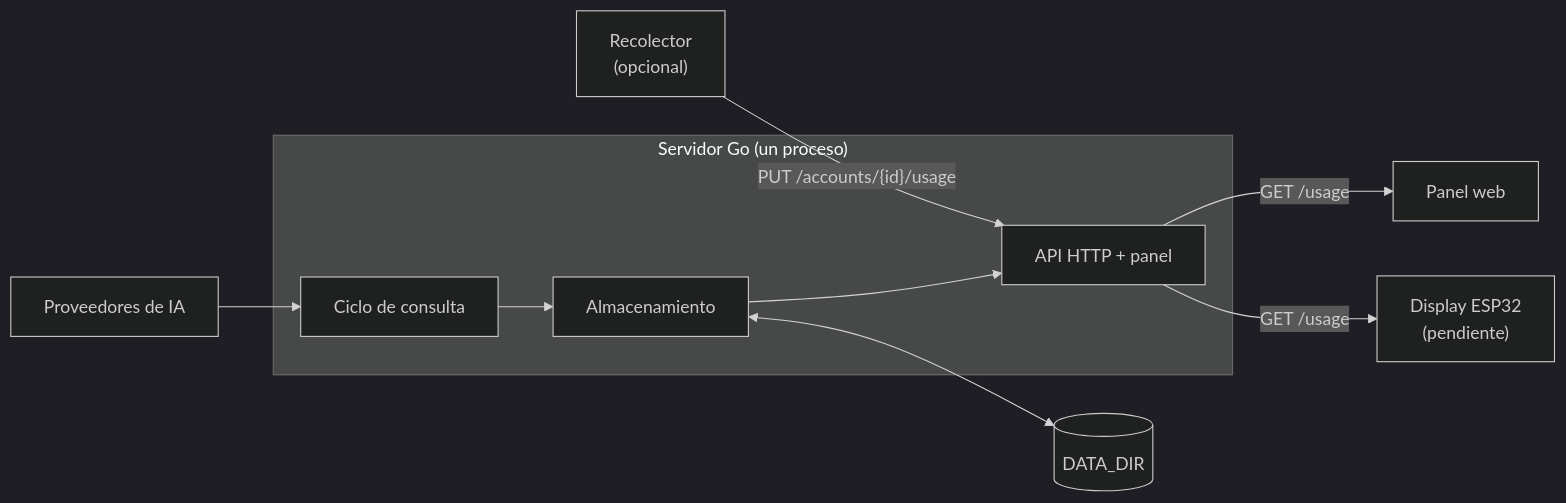
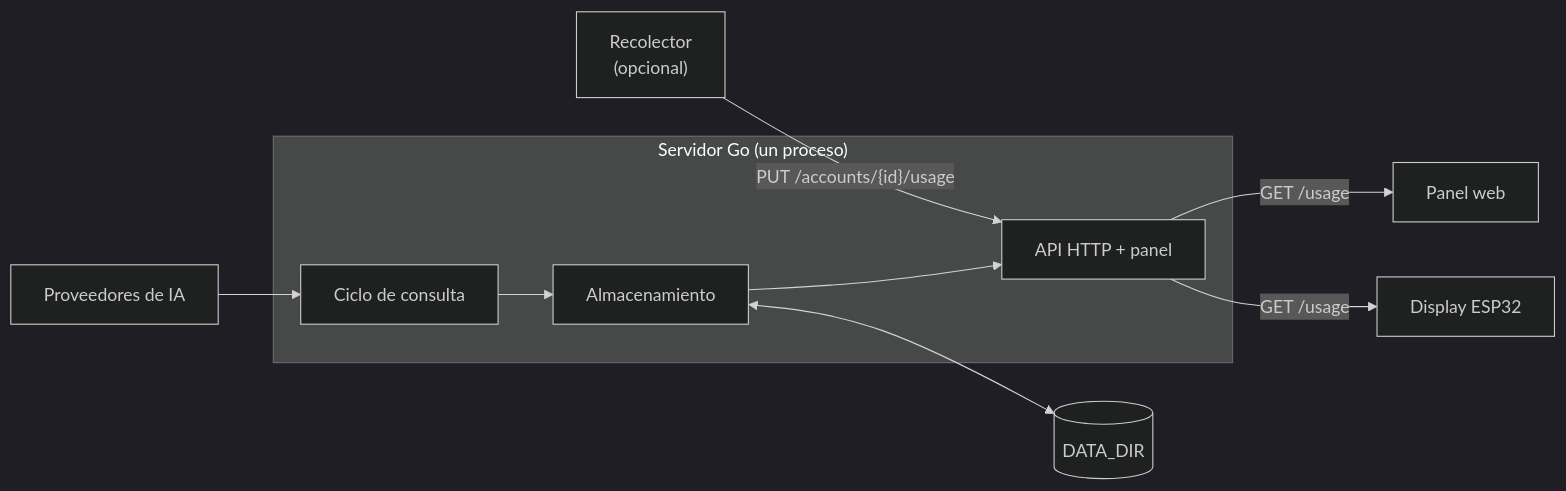
One commit to a-bianchi/ai-quota-monitor changed the diagram in docs/architecture.es.md. Above: the diagram before and after it, drawn with Mermaid (dark theme). The commit also changed other lines of this file and 30 other files, not shown here.

````diff
--- a/docs/architecture.es.md
+++ b/docs/architecture.es.md
@@ -7,20 +7,20 @@
 ```mermaid
 flowchart LR
     P["Proveedores de IA"]
     C["Recolector<br/>(opcional)"]
     subgraph S["Servidor Go (un proceso)"]
         L["Ciclo de consulta"]
         ST["Almacenamiento"]
         H["API HTTP + panel"]
         L --> ST --> H
     end
     D[("DATA_DIR")]
     W["Panel web"]
-    E["Display ESP32<br/>(pendiente)"]
+    E["Display ESP32"]
 
     P --> L
     C -- "PUT /accounts/{id}/usage" --> H
     ST <--> D
     H -- "GET /usage" --> W
     H -- "GET /usage" --> E
 ```
````
